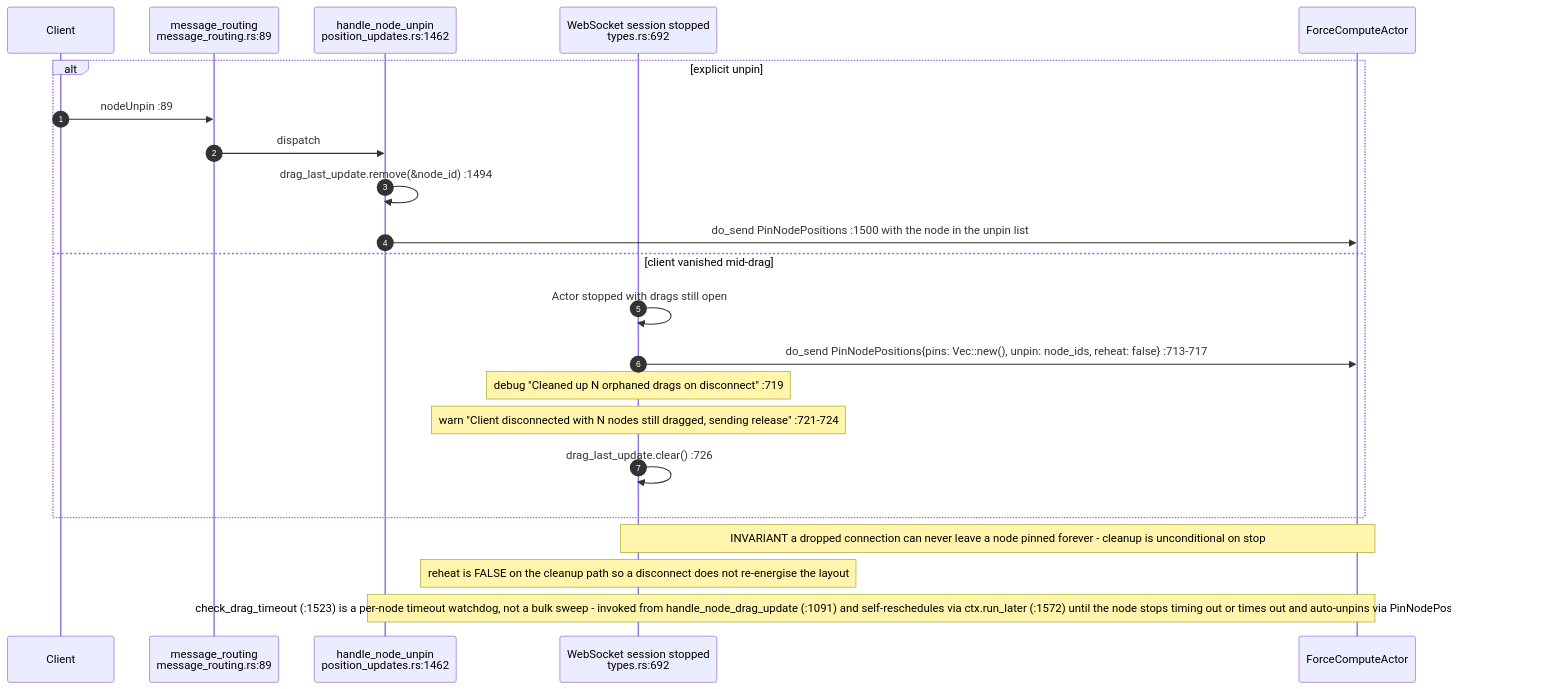
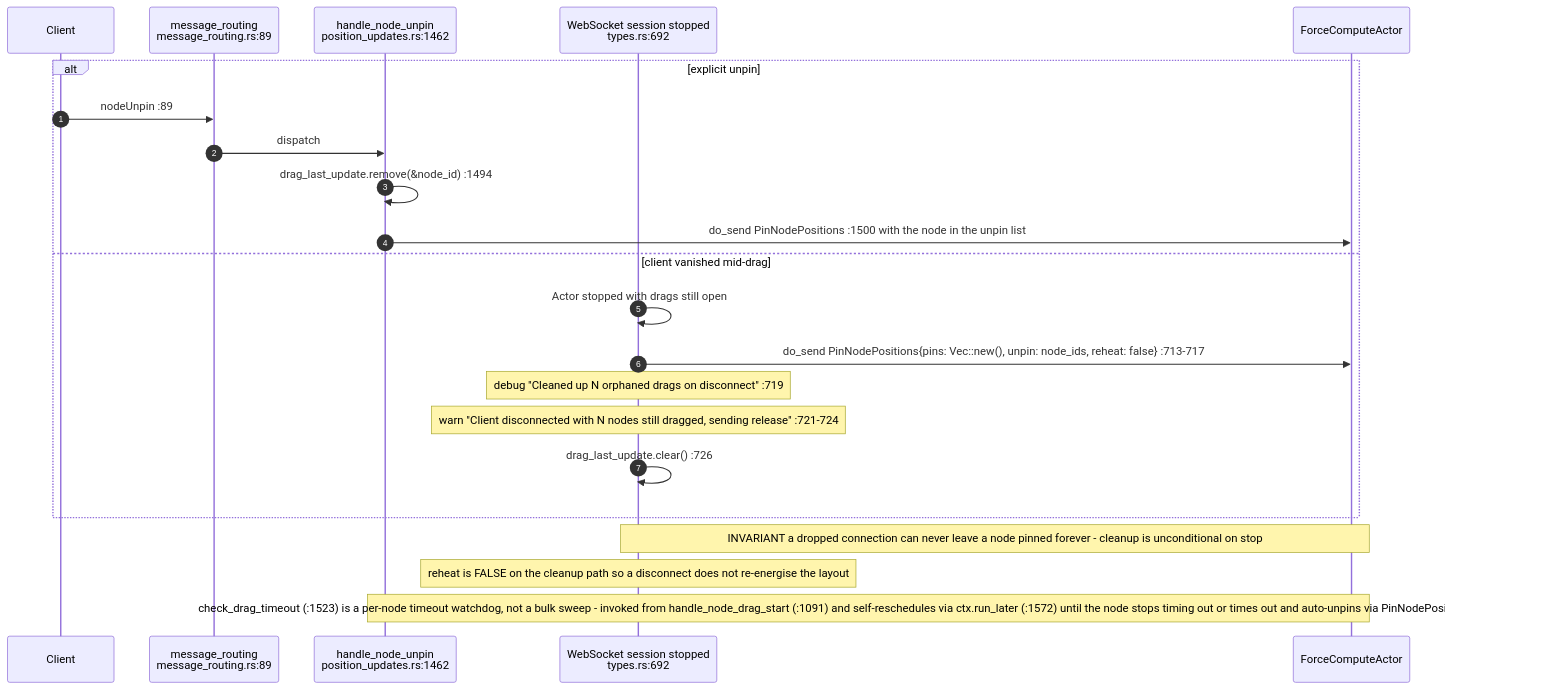
The third of 8 diagrams in docs/diagrams/visionclaw/16-interaction-drag-pin-layout.md (DreamLab-AI/VisionFlow), drawn with Mermaid before and after one commit. The commit also changed other lines of this file and 94 other files, not shown here.

First line of the commit message:
docs(diagrams): re-verify 130 topics against 2 October HEADs

````diff
--- a/docs/diagrams/visionclaw/16-interaction-drag-pin-layout.md
+++ b/docs/diagrams/visionclaw/16-interaction-drag-pin-layout.md
@@ -86,25 +90,25 @@
 ```mermaid
 sequenceDiagram
     autonumber
     participant C as Client
     participant MR as message_routing<br/>message_routing.rs:89
     participant HU as handle_node_unpin<br/>position_updates.rs:1462
     participant SESS as WebSocket session stopped<br/>types.rs:692
     participant FCA as ForceComputeActor
 
     alt explicit unpin
         C->>MR: nodeUnpin :89
         MR->>HU: dispatch
         HU->>HU: drag_last_update.remove(&node_id) :1494
         HU->>FCA: do_send PinNodePositions :1500 with the node in the unpin list
     else client vanished mid-drag
         SESS->>SESS: Actor stopped with drags still open
         SESS->>FCA: do_send PinNodePositions{pins: Vec::new(), unpin: node_ids, reheat: false} :713-717
         Note over SESS: debug "Cleaned up N orphaned drags on disconnect" :719
         Note over SESS: warn "Client disconnected with N nodes still dragged, sending release" :721-724
         SESS->>SESS: drag_last_update.clear() :726
     end
     Note over SESS,FCA: INVARIANT a dropped connection can never leave a node pinned forever - cleanup is unconditional on stop
     Note over SESS: reheat is FALSE on the cleanup path so a disconnect does not re-energise the layout
-    Note over HU,FCA: check_drag_timeout (:1523) is a per-node timeout watchdog, not a bulk sweep - invoked from handle_node_drag_update (:1091) and self-reschedules via ctx.run_later (:1572) until the node stops timing out or times out and auto-unpins via PinNodePositions (:1540-1562)
+    Note over HU,FCA: check_drag_timeout (:1523) is a per-node timeout watchdog, not a bulk sweep - invoked from handle_node_drag_start (:1091) and self-reschedules via ctx.run_later (:1572) until the node stops timing out or times out and auto-unpins via PinNodePositions (:1540-1562)
 ```
````
